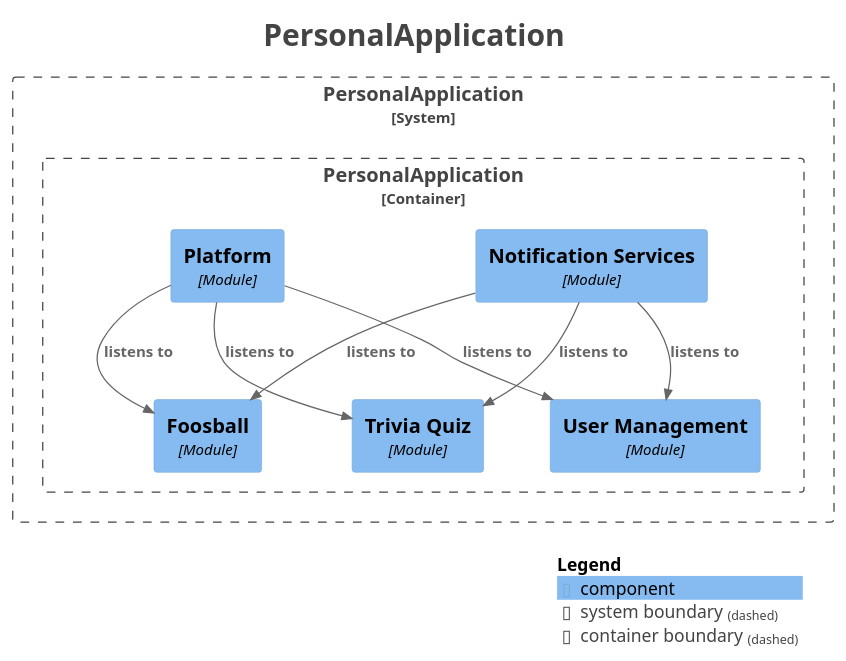
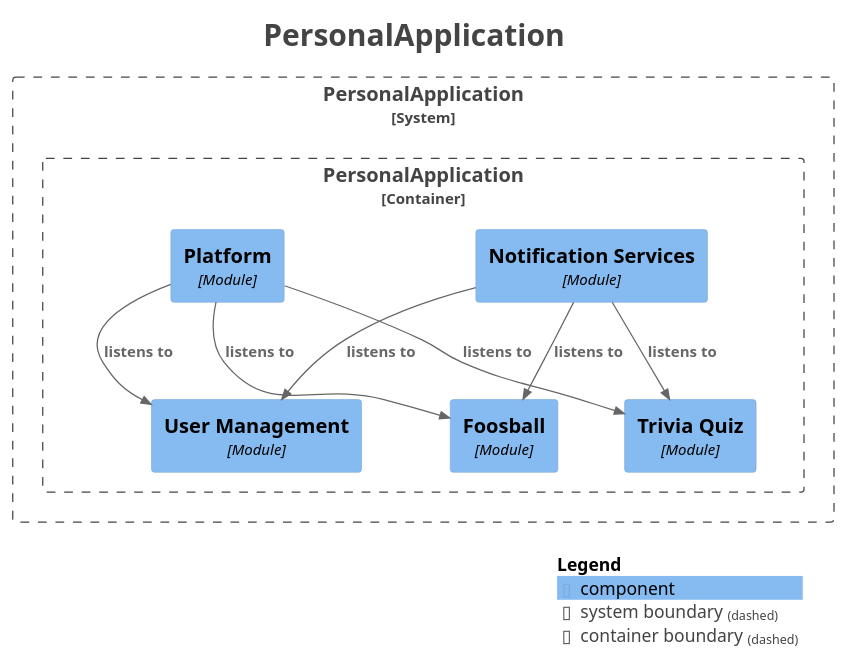
The diagram in docs/modulith/components.puml (SnapPetal/PersonalWeb), drawn with PlantUML before and after one commit. The commit also changed other lines of this file and 45 other files, not shown here.

```diff
--- a/docs/modulith/components.puml
+++ b/docs/modulith/components.puml
@@ -1,38 +1,38 @@
 @startuml
 title <size:24>PersonalApplication</size>
 
 set separator none
 top to bottom direction
 
 <style>
   root {
     BackgroundColor: #ffffff
     FontColor: #444444
   }
 </style>
 
 !include <C4/C4>
 !include <C4/C4_Context>
 !include <C4/C4_Component>
 
 System_Boundary("PersonalApplication_boundary", "PersonalApplication", $tags="") {
   Container_Boundary("PersonalApplication.PersonalApplication_boundary", "PersonalApplication", $tags="") {
+    Component(PersonalApplication.PersonalApplication.UserManagement, "User Management", $techn="Module", $descr="", $tags="", $link="")
     Component(PersonalApplication.PersonalApplication.NotificationServices, "Notification Services", $techn="Module", $descr="", $tags="", $link="")
     Component(PersonalApplication.PersonalApplication.Platform, "Platform", $techn="Module", $descr="", $tags="", $link="")
     Component(PersonalApplication.PersonalApplication.Foosball, "Foosball", $techn="Module", $descr="", $tags="", $link="")
     Component(PersonalApplication.PersonalApplication.TriviaQuiz, "Trivia Quiz", $techn="Module", $descr="", $tags="", $link="")
-    Component(PersonalApplication.PersonalApplication.UserManagement, "User Management", $techn="Module", $descr="", $tags="", $link="")
   }
 
 }
 
+Rel(PersonalApplication.PersonalApplication.NotificationServices, PersonalApplication.PersonalApplication.TriviaQuiz, "listens to", $techn="", $tags="", $link="")
 Rel(PersonalApplication.PersonalApplication.NotificationServices, PersonalApplication.PersonalApplication.Foosball, "listens to", $techn="", $tags="", $link="")
 Rel(PersonalApplication.PersonalApplication.NotificationServices, PersonalApplication.PersonalApplication.UserManagement, "listens to", $techn="", $tags="", $link="")
-Rel(PersonalApplication.PersonalApplication.NotificationServices, PersonalApplication.PersonalApplication.TriviaQuiz, "listens to", $techn="", $tags="", $link="")
+Rel(PersonalApplication.PersonalApplication.Platform, PersonalApplication.PersonalApplication.Foosball, "listens to", $techn="", $tags="", $link="")
 Rel(PersonalApplication.PersonalApplication.Platform, PersonalApplication.PersonalApplication.UserManagement, "listens to", $techn="", $tags="", $link="")
 Rel(PersonalApplication.PersonalApplication.Platform, PersonalApplication.PersonalApplication.TriviaQuiz, "listens to", $techn="", $tags="", $link="")
-Rel(PersonalApplication.PersonalApplication.Platform, PersonalApplication.PersonalApplication.Foosball, "listens to", $techn="", $tags="", $link="")
 
 SHOW_LEGEND(true)
 hide stereotypes
 @enduml
```
